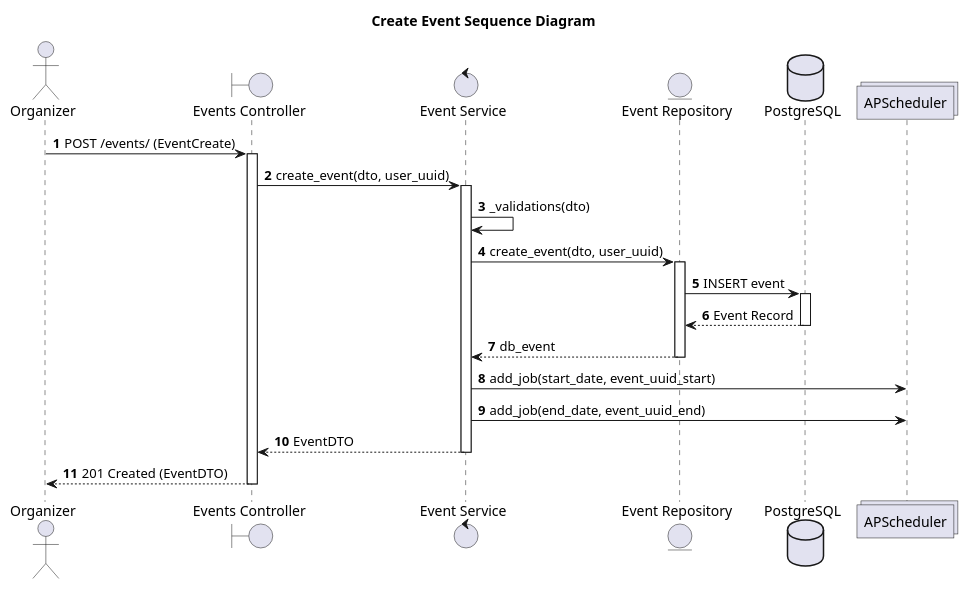
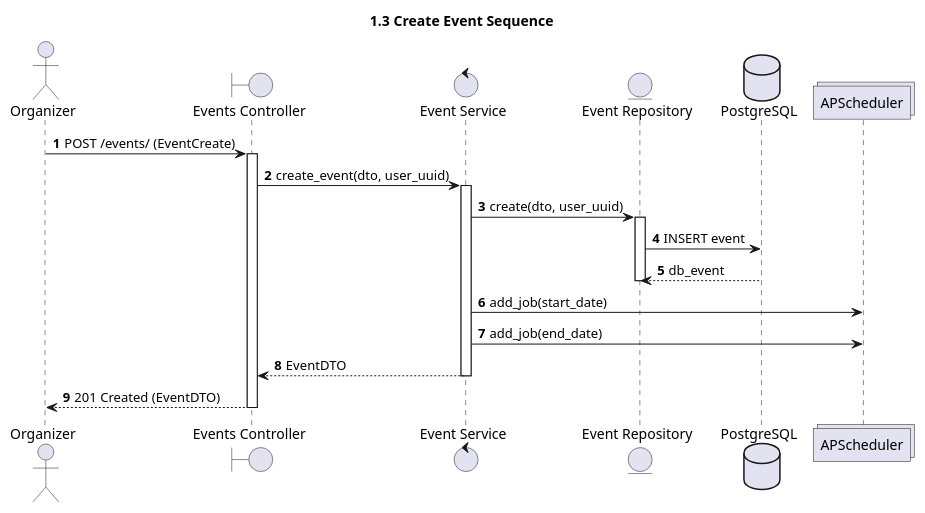
Before and after one commit to NikosKoutsoukosPrelorentzos/you-want-ticket: the third of 6 diagrams in diagrams/SEQUENCE_DIAGRAMS.md, drawn with PlantUML. The commit also changed other lines of this file and 24 other files, not shown here.

First line of the commit message:
Restructure and expand system documentation with versioned diagrams

````diff
--- a/diagrams/SEQUENCE_DIAGRAMS.md
+++ b/diagrams/SEQUENCE_DIAGRAMS.md
@@ -8,40 +85,34 @@
 ```plantuml
 @startuml
-title Create Event Sequence Diagram
+title 1.3 Create Event Sequence
 autonumber
 
 actor Organizer
 boundary "Events Controller" as EC
 control "Event Service" as ES
 entity "Event Repository" as ER
 database "PostgreSQL" as DB
 collections "APScheduler" as SCH
 
 Organizer -> EC : POST /events/ (EventCreate)
 activate EC
 
 EC -> ES : create_event(dto, user_uuid)
 activate ES
 
-ES -> ES : _validations(dto)
-ES -> ER : create_event(dto, user_uuid)
+ES -> ER : create(dto, user_uuid)
 activate ER
-
 ER -> DB : INSERT event
-activate DB
-DB --> ER : Event Record
-deactivate DB
-
-ER --> ES : db_event
+DB --> ER : db_event
 deactivate ER
 
-ES -> SCH : add_job(start_date, event_uuid_start)
-ES -> SCH : add_job(end_date, event_uuid_end)
+ES -> SCH : add_job(start_date)
+ES -> SCH : add_job(end_date)
 
 ES --> EC : EventDTO
 deactivate ES
 
 EC --> Organizer : 201 Created (EventDTO)
 deactivate EC
 @enduml
 ```
````
